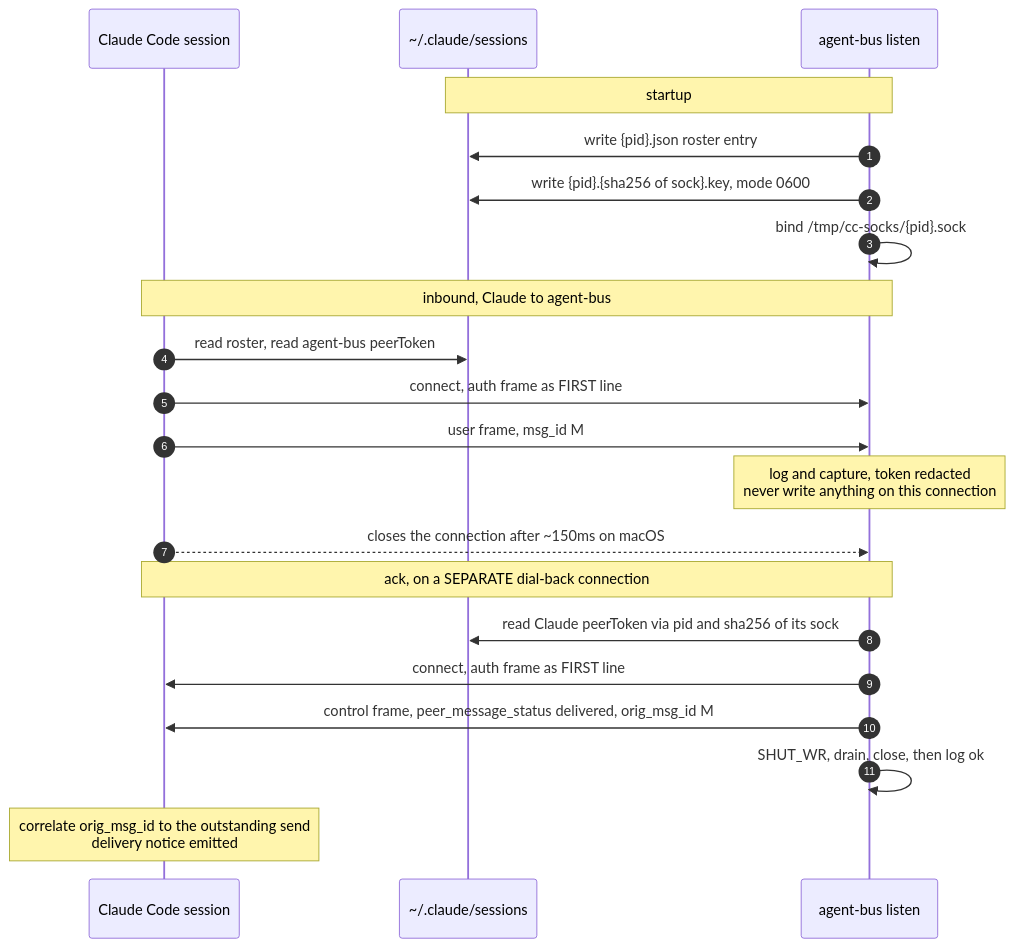
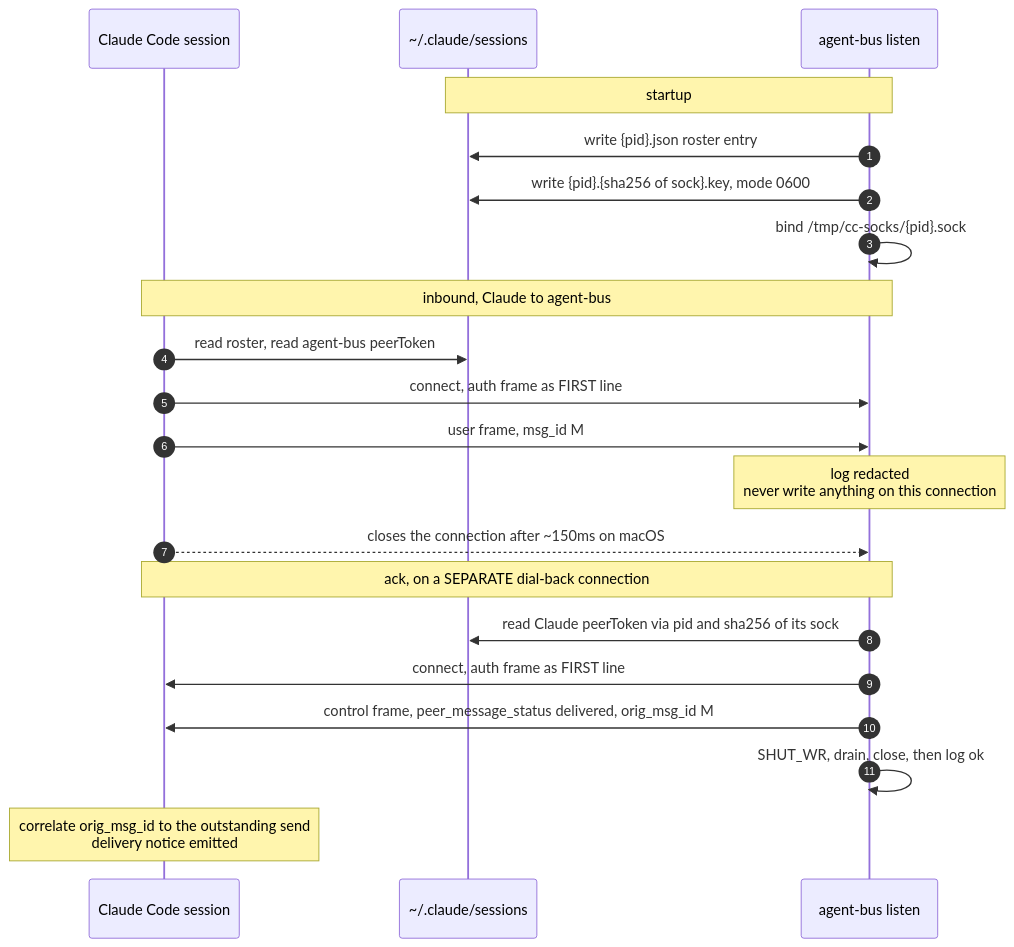
One commit to danbarua/agent-bus changed the first of 2 diagrams in docs/UDS-protocol.md. Above: the diagram before and after it, drawn with Mermaid. The commit also changed other lines of this file, not shown here.

````diff
--- a/docs/UDS-protocol.md
+++ b/docs/UDS-protocol.md
@@ -40,26 +40,26 @@
 ```mermaid
 sequenceDiagram
     autonumber
     participant CC as Claude Code session
     participant FS as ~/.claude/sessions
     participant AB as agent-bus listen
 
     Note over AB,FS: startup
     AB->>FS: write {pid}.json roster entry
     AB->>FS: write {pid}.{sha256 of sock}.key, mode 0600
     AB->>AB: bind /tmp/cc-socks/{pid}.sock
 
     Note over CC,AB: inbound, Claude to agent-bus
     CC->>FS: read roster, read agent-bus peerToken
     CC->>AB: connect, auth frame as FIRST line
     CC->>AB: user frame, msg_id M
-    Note over AB: log and capture, token redacted<br/>never write anything on this connection
+    Note over AB: log redacted<br/>never write anything on this connection
     CC-->>AB: closes the connection after ~150ms on macOS
 
     Note over AB,CC: ack, on a SEPARATE dial-back connection
     AB->>FS: read Claude peerToken via pid and sha256 of its sock
     AB->>CC: connect, auth frame as FIRST line
     AB->>CC: control frame, peer_message_status delivered, orig_msg_id M
     AB->>AB: SHUT_WR, drain, close, then log ok
     Note over CC: correlate orig_msg_id to the outstanding send<br/>delivery notice emitted
 ```
````
